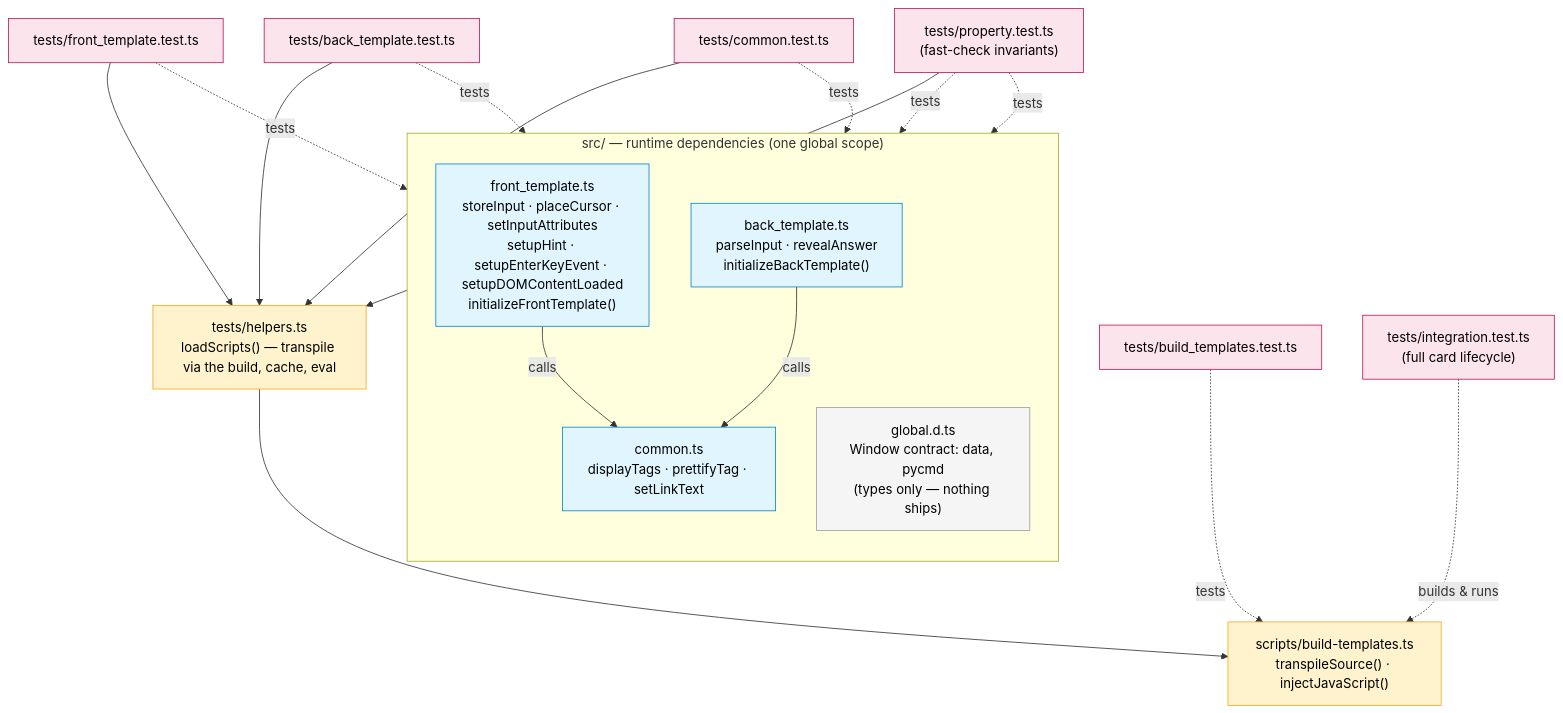
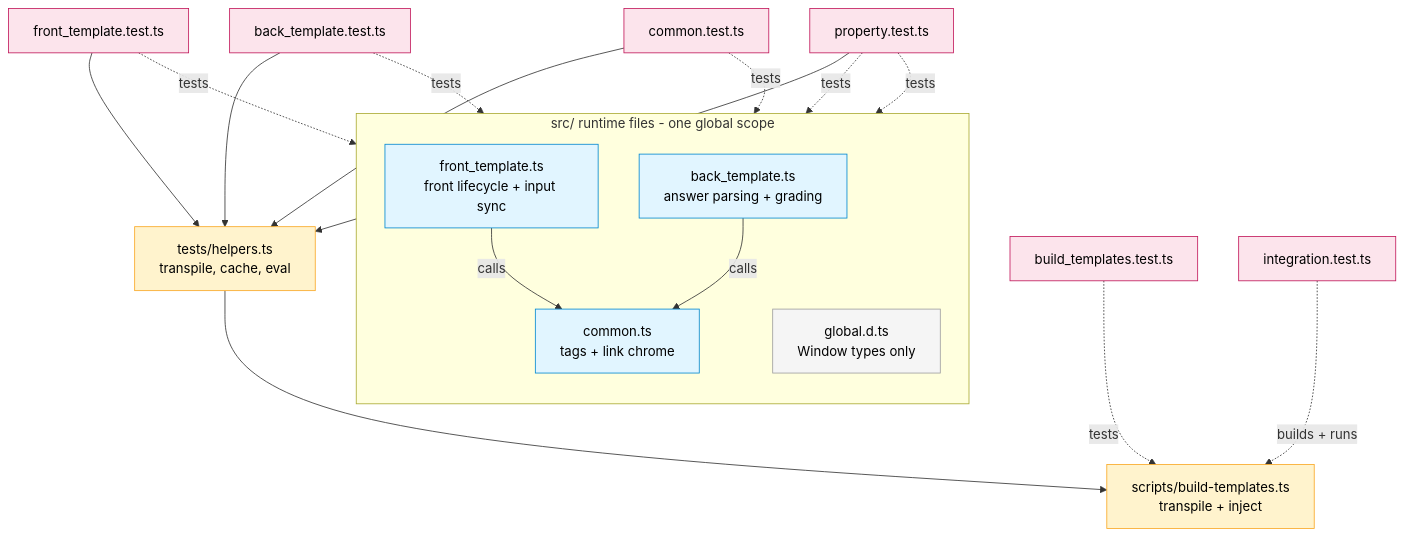
The second of 2 diagrams in documentation/architecture-diagrams/03-module-structure.md (muhsinali/anki_templates), drawn with Mermaid before and after one commit. The commit also changed other lines of this file and 16 other files, not shown here.

````diff
--- a/documentation/architecture-diagrams/03-module-structure.md
+++ b/documentation/architecture-diagrams/03-module-structure.md
@@ -67,38 +73,45 @@
 ```mermaid
 flowchart TB
-    subgraph src["src/ — runtime dependencies (one global scope)"]
+    subgraph source_files["src/ runtime files - one global scope"]
         direction TB
-        FRONT["front_template.ts<br/>storeInput · placeCursor · setInputAttributes<br/>setupHint · setupEnterKeyEvent · setupDOMContentLoaded<br/>initializeFrontTemplate()"]
-        BACK["back_template.ts<br/>parseInput · revealAnswer<br/>initializeBackTemplate()"]
-        COMMON["common.ts<br/>displayTags · prettifyTag · setLinkText"]
-        DTS["global.d.ts<br/>Window contract: data, pycmd<br/>(types only — nothing ships)"]
-        FRONT -->|calls| COMMON
-        BACK -->|calls| COMMON
+        front_module["front_template.ts<br/>front lifecycle + input sync"]
+        back_module["back_template.ts<br/>answer parsing + grading"]
+        common_module["common.ts<br/>tags + link chrome"]
+        global_types["global.d.ts<br/>Window types only"]
+
+        front_module -->|calls| common_module
+        back_module -->|calls| common_module
     end
 
-    BUILD["scripts/build-templates.ts<br/>transpileSource() · injectJavaScript()"]
-    HELPERS["tests/helpers.ts<br/>loadScripts() — transpile via the build, cache, eval"]
+    build_script["scripts/build-templates.ts<br/>transpile + inject"]
+    test_harness["tests/helpers.ts<br/>transpile, cache, eval"]
 
-    TFRONT["tests/front_template.test.ts"] -.tests.-> FRONT
-    TBACK["tests/back_template.test.ts"] -.tests.-> BACK
-    TCOMMON["tests/common.test.ts"] -.tests.-> COMMON
-    TPROP["tests/property.test.ts<br/>(fast-check invariants)"] -.tests.-> BACK
-    TPROP -.tests.-> COMMON
-    TBUILD["tests/build_templates.test.ts"] -.tests.-> BUILD
-    TINT["tests/integration.test.ts<br/>(full card lifecycle)"] -.builds & runs.-> BUILD
+    %% Unit and property tests target source modules.
+    front_tests["front_template.test.ts"] -.->|tests| front_module
+    back_tests["back_template.test.ts"] -.->|tests| back_module
+    common_tests["common.test.ts"] -.->|tests| common_module
+    property_tests["property.test.ts"] -.->|tests| back_module
+    property_tests -.->|tests| common_module
 
-    TFRONT --> HELPERS
-    TBACK --> HELPERS
-    TCOMMON --> HELPERS
-    TPROP --> HELPERS
-    HELPERS --> BUILD
+    %% Build and integration tests target the build path.
+    build_tests["build_templates.test.ts"] -.->|tests| build_script
+    integration_tests["integration.test.ts"] -.->|builds + runs| build_script
 
-    classDef srcCls fill:#e1f5ff,stroke:#0288d1,color:#000;
-    classDef buildCls fill:#fff3cd,stroke:#f9a825,color:#000;
-    classDef testCls fill:#fce4ec,stroke:#c2185b,color:#000;
-    classDef typeCls fill:#f5f5f5,stroke:#9e9e9e,color:#000;
-    class FRONT,BACK,COMMON srcCls;
-    class BUILD,HELPERS buildCls;
-    class TCOMMON,TFRONT,TBACK,TPROP,TBUILD,TINT testCls;
-    class DTS typeCls;
+    %% Most tests load source through the shared harness.
+    front_tests --> test_harness
+    back_tests --> test_harness
+    common_tests --> test_harness
+    property_tests --> test_harness
+    test_harness --> build_script
+
+    classDef source fill:#e1f5ff,stroke:#0288d1,color:#000;
+    classDef build fill:#fff3cd,stroke:#f9a825,color:#000;
+    classDef test fill:#fce4ec,stroke:#c2185b,color:#000;
+    classDef types fill:#f5f5f5,stroke:#9e9e9e,color:#000;
+
+    class front_module,back_module,common_module source;
+    class build_script,test_harness build;
+    class common_tests,front_tests,back_tests,property_tests test;
+    class build_tests,integration_tests test;
+    class global_types types;
 ```
````
